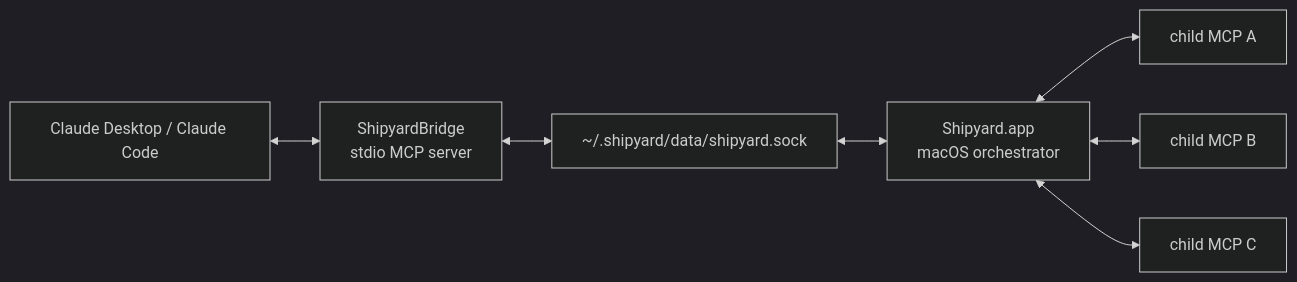
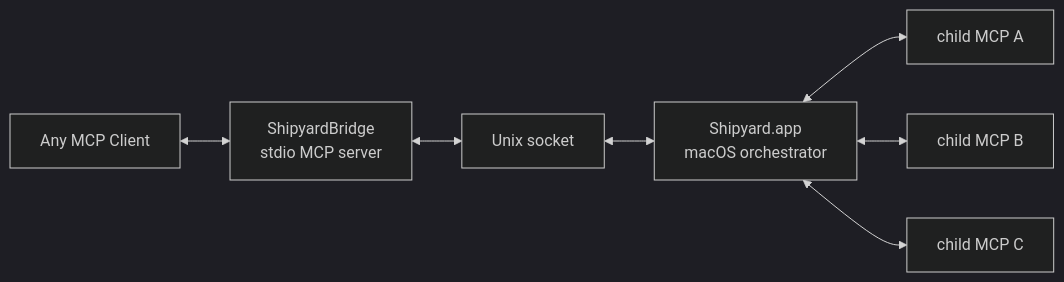
Before and after one commit to sloik/shipyard: the diagram in README.md, drawn with Mermaid (dark theme). The commit also changed other lines of this file, not shown here.

Commit message:
Make README client-agnostic — any MCP client, not just Claude

````diff
--- a/README.md
+++ b/README.md
@@ -15,17 +15,17 @@
 ```mermaid
 flowchart LR
-    Claude["Claude Desktop / Claude Code"]
+    Client["Any MCP Client"]
     Bridge["ShipyardBridge<br/>stdio MCP server"]
     App["Shipyard.app<br/>macOS orchestrator"]
-    Socket["~/.shipyard/data/shipyard.sock"]
+    Socket["Unix socket"]
     MCP1["child MCP A"]
     MCP2["child MCP B"]
     MCP3["child MCP C"]
 
-    Claude <--> Bridge
+    Client <--> Bridge
     Bridge <--> Socket
     Socket <--> App
     App <--> MCP1
     App <--> MCP2
     App <--> MCP3
 ```
````
